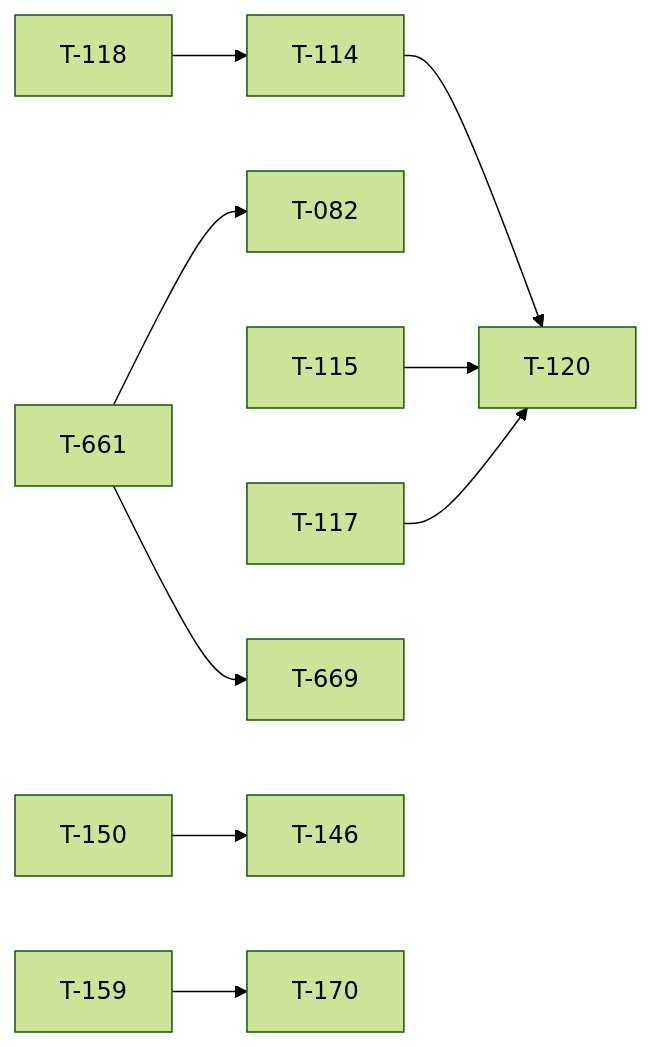
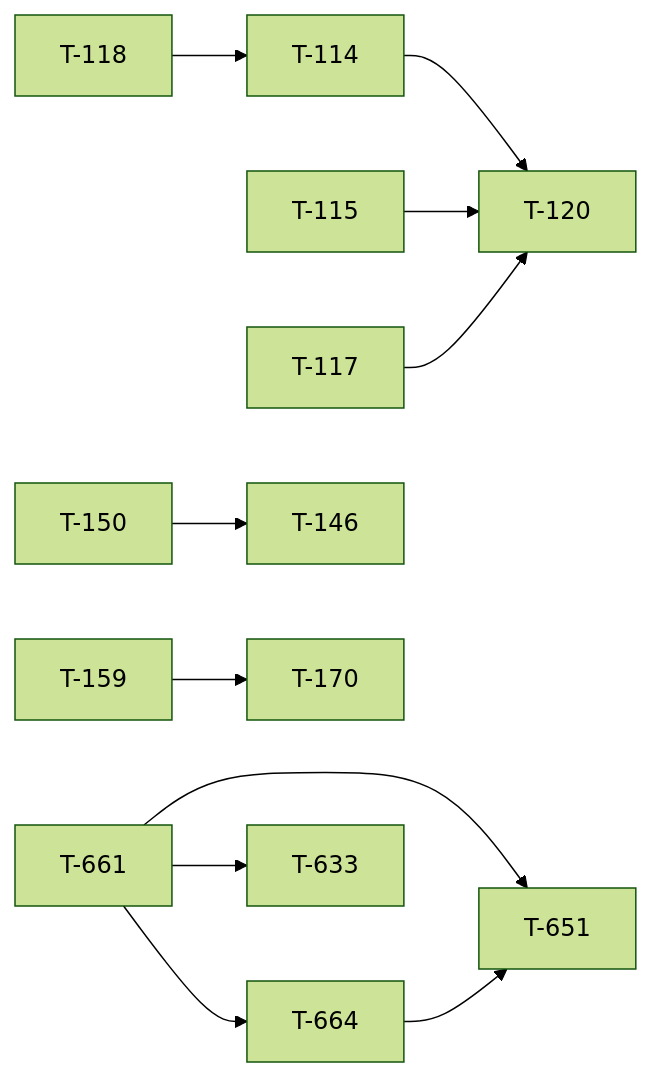
One commit to darkforce09/TBD-reforger changed the diagram in docs/TICKET_LEAD.md. Above: the diagram before and after it, drawn with Mermaid (forest theme). The commit also changed other lines of this file and 8 other files, not shown here.

````diff
--- a/docs/TICKET_LEAD.md
+++ b/docs/TICKET_LEAD.md
@@ -28,11 +28,13 @@
 ```mermaid
 flowchart LR
-  T661[T-661] --> T082[T-082]
   T118[T-118] --> T114[T-114]
   T114[T-114] --> T120[T-120]
   T115[T-115] --> T120[T-120]
   T117[T-117] --> T120[T-120]
   T150[T-150] --> T146[T-146]
   T159[T-159] --> T170[T-170]
-  T661[T-661] --> T669[T-669]
+  T661[T-661] --> T664[T-664]
+  T661[T-661] --> T651[T-651]
+  T664[T-664] --> T651[T-651]
+  T661[T-661] --> T633[T-633]
 ```
````
